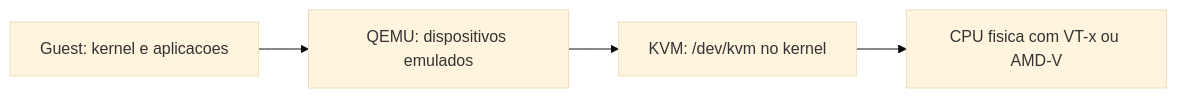
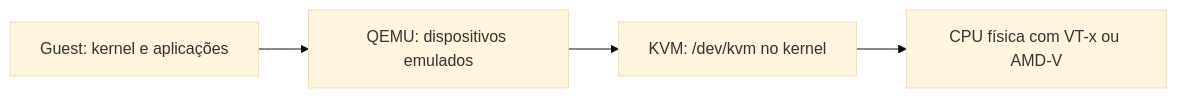
Before and after one commit to alicino/kb-blog: the diagram in src/content/articles/2026-09-25-qemu-kvm-vms-linux.md, drawn with Mermaid (base theme). The commit also changed other lines of this file and 7 other files, not shown here.

````diff
--- a/src/content/articles/2026-09-25-qemu-kvm-vms-linux.md
+++ b/src/content/articles/2026-09-25-qemu-kvm-vms-linux.md
@@ -47,6 +47,6 @@
 ```mermaid
 flowchart LR
-    A[Guest: kernel e aplicacoes] --> B[QEMU: dispositivos emulados]
+    A[Guest: kernel e aplicações] --> B[QEMU: dispositivos emulados]
     B --> C["KVM: /dev/kvm no kernel"]
-    C --> D["CPU fisica com VT-x ou AMD-V"]
+    C --> D["CPU física com VT-x ou AMD-V"]
 ```
````
